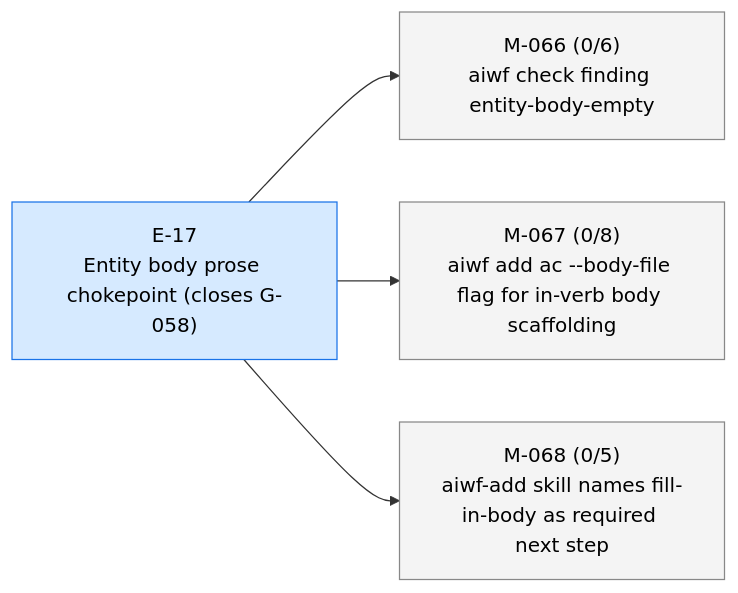
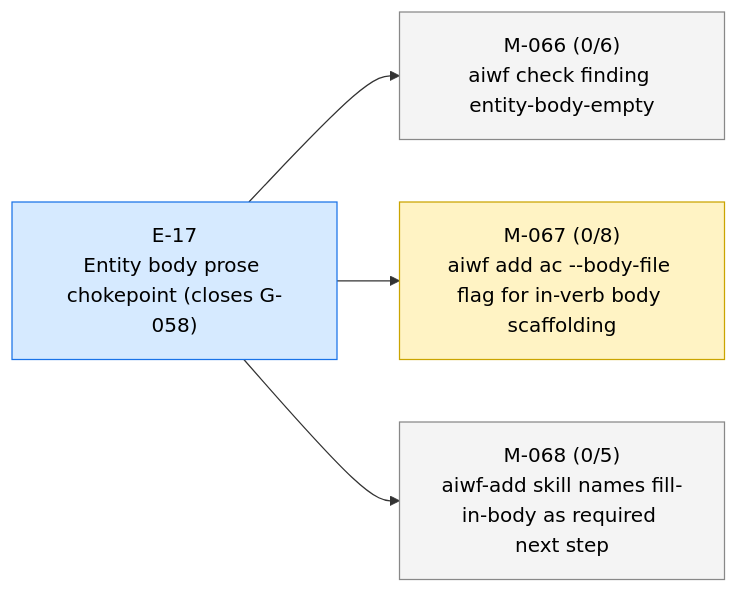
One commit to 23min/aiwf changed the first of 4 diagrams in STATUS.md. Above: the diagram before and after it, drawn with Mermaid. The commit also changed other lines of this file and 1 other file, not shown here.

First line of the commit message:
aiwf promote M-067 draft -> in_progress

````diff
--- a/STATUS.md
+++ b/STATUS.md
@@ -13,16 +13,16 @@
 ```mermaid
 flowchart LR
   E_17["E-17<br/>Entity body prose chokepoint (closes G-058)"]:::epic_active
   M_066["M-066 (0/6)<br/>aiwf check finding entity-body-empty"]:::ms_draft
   E_17 --> M_066
-  M_067["M-067 (0/8)<br/>aiwf add ac --body-file flag for in-verb body scaffolding"]:::ms_draft
+  M_067["M-067 (0/8)<br/>aiwf add ac --body-file flag for in-verb body scaffolding"]:::ms_in_progress
   E_17 --> M_067
   M_068["M-068 (0/5)<br/>aiwf-add skill names fill-in-body as required next step"]:::ms_draft
   E_17 --> M_068
   classDef epic_active fill:#d6eaff,stroke:#1a73e8,color:#000
   classDef epic_proposed fill:#f4f4f4,stroke:#888,color:#000
   classDef ms_done fill:#d8f5d8,stroke:#2a8a2a,color:#000
   classDef ms_in_progress fill:#fff3c4,stroke:#caa400,color:#000
   classDef ms_draft fill:#f4f4f4,stroke:#888,color:#000
   classDef ms_cancelled fill:#fbeaea,stroke:#c33,color:#000
 ```
````
